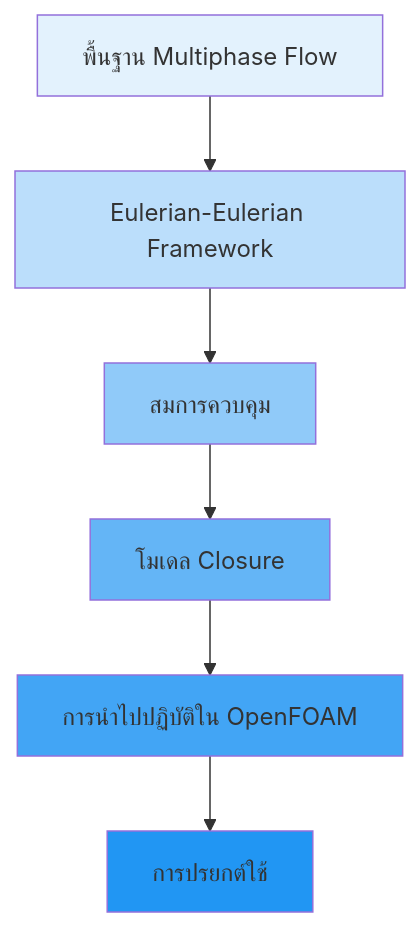
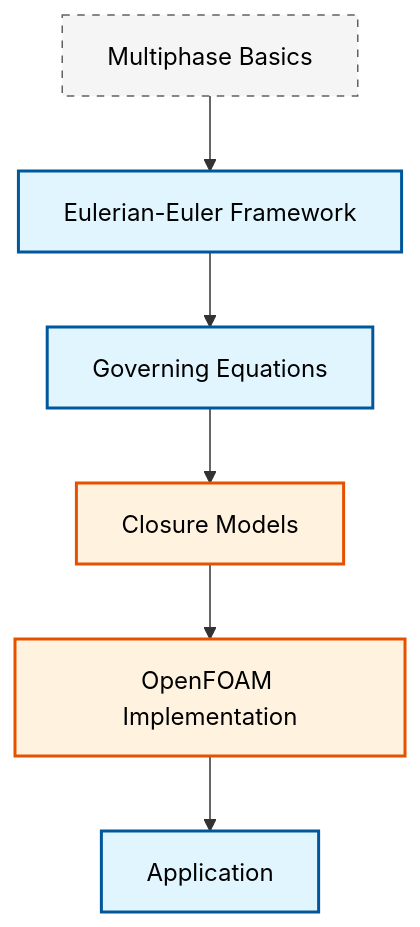
The first of 2 diagrams in MODULE_04_MULTIPHASE_FUNDAMENTALS/CONTENT/01_EULERIAN_FOUNDATIONS/00_Overview.md (wramet/build-my-cfd), drawn with Mermaid before and after one commit. The commit also changed other lines of this file and 313 other files, not shown here.

Commit message:
Revise all diagram

````diff
--- a/MODULE_04_MULTIPHASE_FUNDAMENTALS/CONTENT/01_EULERIAN_FOUNDATIONS/00_Overview.md
+++ b/MODULE_04_MULTIPHASE_FUNDAMENTALS/CONTENT/01_EULERIAN_FOUNDATIONS/00_Overview.md
@@ -7,15 +7,11 @@
 ```mermaid
-graph TB
-    A[พื้นฐาน Multiphase Flow] --> B[Eulerian-Eulerian Framework]
-    B --> C[สมการควบคุม]
-    C --> D[โมเดล Closure]
-    D --> E[การนำไปปฏิบัติใน OpenFOAM]
-    E --> F[การปรยกต์ใช้]
-
-    style A fill:#e3f2fd
-    style B fill:#bbdefb
-    style C fill:#90caf9
-    style D fill:#64b5f6
-    style E fill:#42a5f5
-    style F fill:#2196f3
+flowchart TB
+classDef implicit fill:#e1f5fe,stroke:#01579b,stroke-width:2px,color:#000
+classDef explicit fill:#fff3e0,stroke:#e65100,stroke-width:2px,color:#000
+classDef context fill:#f5f5f5,stroke:#616161,stroke-width:1px,color:#000,stroke-dasharray: 5 5
+A["Multiphase Basics"]:::context --> B["Eulerian-Euler Framework"]:::implicit
+B --> C["Governing Equations"]:::implicit
+C --> D["Closure Models"]:::explicit
+D --> E["OpenFOAM Implementation"]:::explicit
+E --> F["Application"]:::implicit
 ```
````
